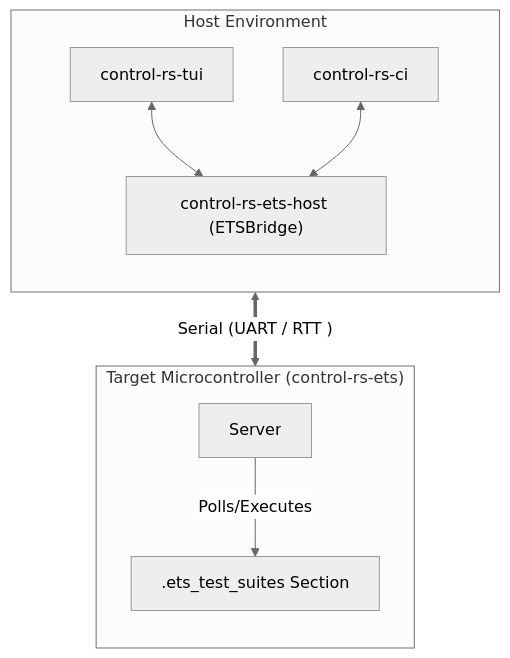
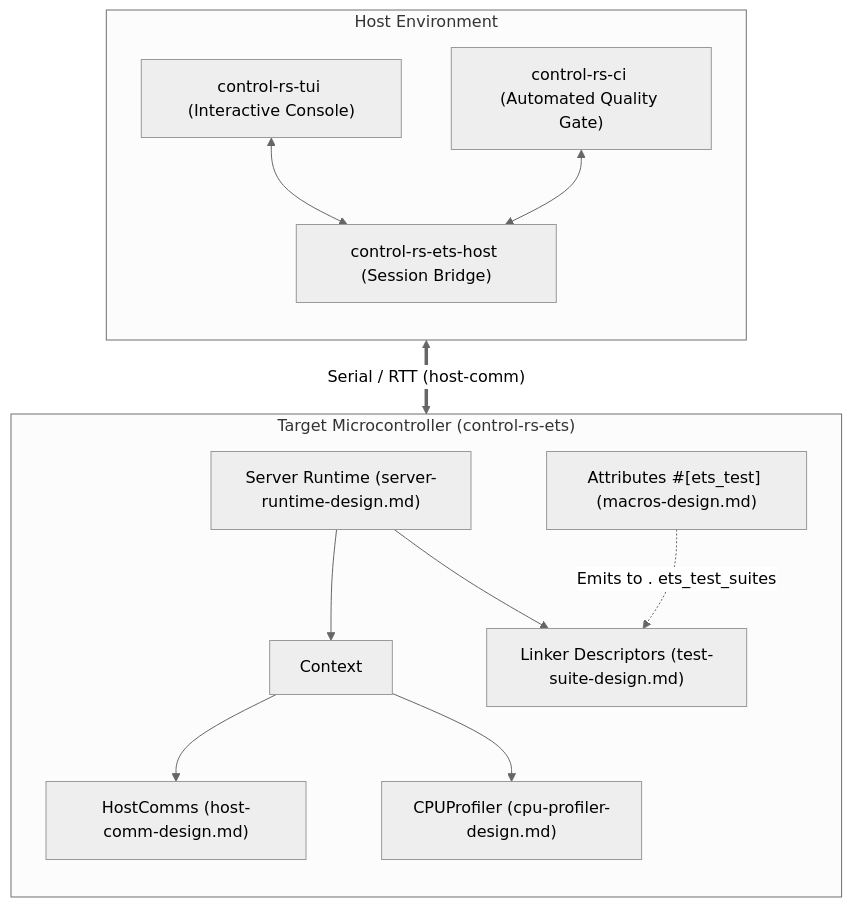
The diagram in documentation/ets/embedded-test-server-design.md (Dyse-Industries/control-rs), drawn with Mermaid (neutral theme) before and after one commit. The commit also changed other lines of this file and 68 other files, not shown here.

Commit message:
refactor(ets): decouple server runtime from lead subsystem architecture Extract target event loop, dispatch bounds, and panic recovery into a dedicated server-runtime component design. Trim the ETS lead doc to coordinate subsystem topology, ConOps allocations, and memory budgets.

````diff
--- a/documentation/ets/embedded-test-server-design.md
+++ b/documentation/ets/embedded-test-server-design.md
@@ -87,20 +122,28 @@
 ```mermaid
 flowchart TD
-    Host <==>|" Serial (UART / RTT ) "| MCU["Target Microcontroller"]
+    Host <==>|" Serial / RTT (host-comm) "| MCU["Target Microcontroller"]
 
     subgraph Host ["Host Environment"]
         direction TB
-        TUI["control-rs-tui"]
-        CI["control-rs-ci"]
-        Bridge["control-rs-ets-host (ETSBridge)"]
+        TUI["control-rs-tui (Interactive Console)"]
+        CI["control-rs-ci (Automated Quality Gate)"]
+        Bridge["control-rs-ets-host (Session Bridge)"]
         TUI <--> Bridge
         CI <--> Bridge
     end
 
     subgraph MCU ["Target Microcontroller (control-rs-ets)"]
         direction TB
-        Server["Server"]
-        Registry[".ets_test_suites Section"]
-        Server -->|Polls/Executes| Registry
+        Server["Server Runtime (server-runtime-design.md)"]
+        Context["Context<C, P>"]
+        Comms["HostComms (host-comm-design.md)"]
+        Profiler["CPUProfiler (cpu-profiler-design.md)"]
+        Registry["Linker Descriptors (test-suite-design.md)"]
+        Macros["Attributes #[ets_test] (macros-design.md)"]
+        Server --> Context
+        Context --> Comms
+        Context --> Profiler
+        Server --> Registry
+        Macros -.->|Emits to . ets_test_suites| Registry
     end
 ```
````
